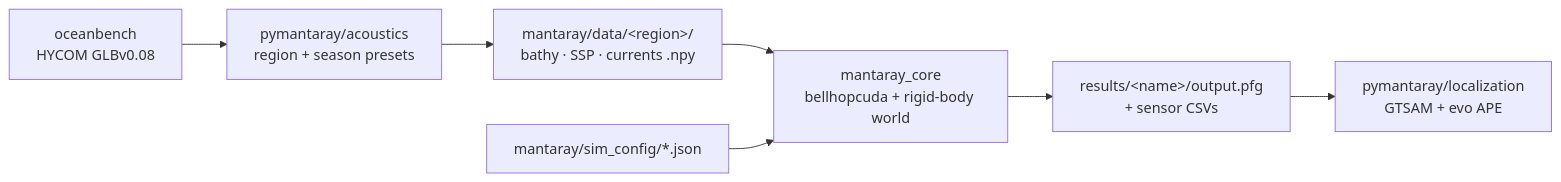
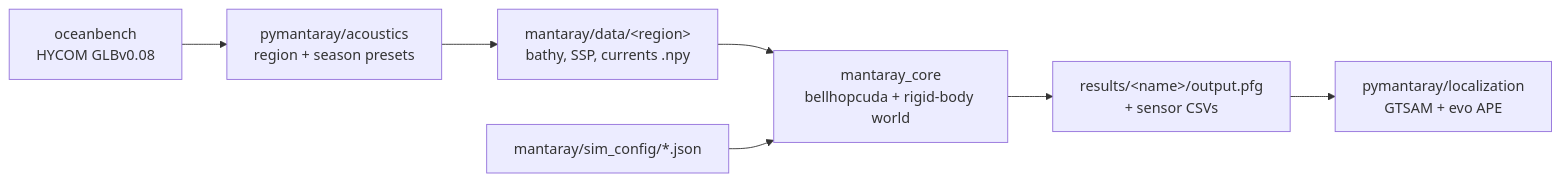
Before and after one commit to UMich-RobotExploration/manta-ray: the diagram in README.md, drawn with Mermaid. The commit also changed other lines of this file and 2 other files, not shown here.

````diff
--- a/README.md
+++ b/README.md
@@ -66,9 +67,9 @@
 ```mermaid
 flowchart LR
     A[oceanbench<br/>HYCOM GLBv0.08] --> B[pymantaray/acoustics<br/>region + season presets]
-    B --> C[mantaray/data/&lt;region&gt;/<br/>bathy · SSP · currents .npy]
+    B --> C[mantaray/data/&lt;region&gt;<br/>bathy, SSP, currents .npy]
     C --> D[mantaray_core<br/>bellhopcuda + rigid-body world]
     E[mantaray/sim_config/*.json] --> D
     D --> F[results/&lt;name&gt;/output.pfg<br/>+ sensor CSVs]
     F --> G[pymantaray/localization<br/>GTSAM + evo APE]
 ```
````
